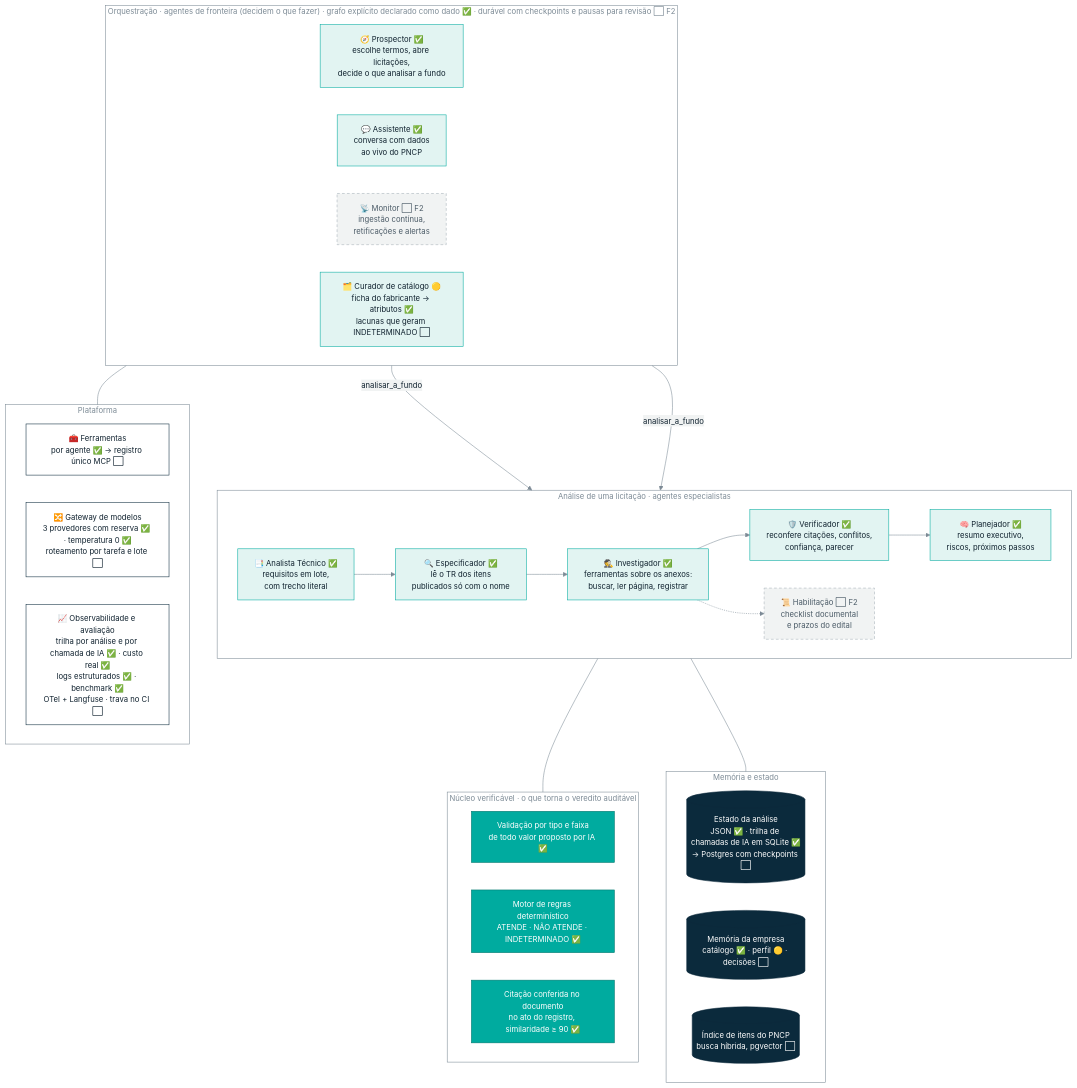
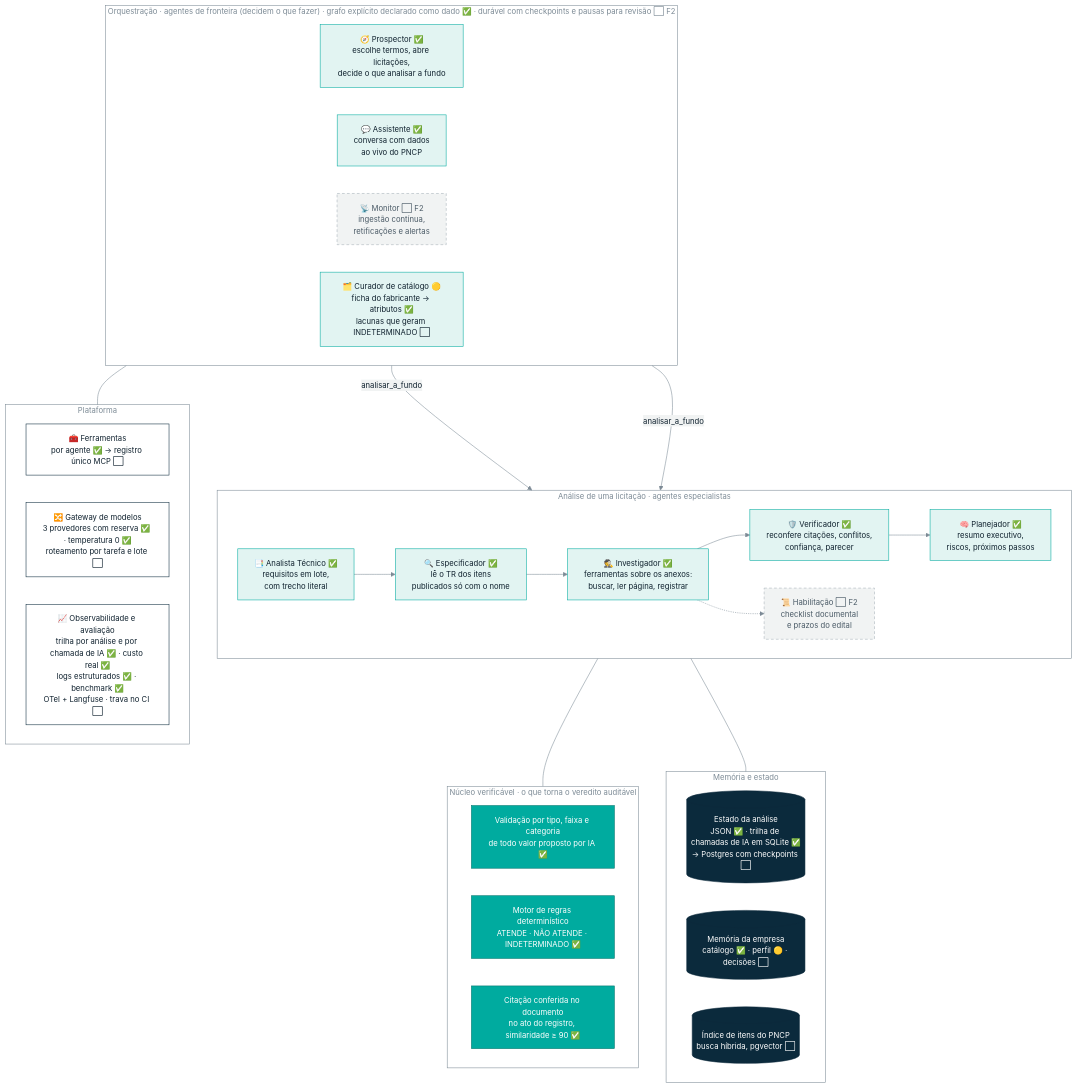
The second of 4 diagrams in README.md (Omniamind-org/obranexo), drawn with Mermaid before and after one commit. The commit also changed other lines of this file, not shown here.

Commit message:
docs(readme): Especificador no modelo de agente, validação por categoria e contagem de testes

````diff
--- a/README.md
+++ b/README.md
@@ -134,50 +134,50 @@
 ```mermaid
 %%{init: {'theme':'base','themeVariables':{'primaryColor':'#e2f4f2','primaryTextColor':'#10222f','primaryBorderColor':'#00ab9f','lineColor':'#7d8b96','edgeLabelBackground':'#f1f3f3','fontSize':'14px','clusterBkg':'transparent','clusterBorder':'#7d8b96','titleColor':'#7d8b96'}}}%%
 flowchart TB
   subgraph ORQ[" Orquestração · agentes de fronteira (decidem o que fazer) · grafo explícito declarado como dado ✅ · durável com checkpoints e pausas para revisão ⬜ F2 "]
     direction LR
     PR[🧭 Prospector ✅<br/>escolhe termos, abre licitações,<br/>decide o que analisar a fundo]:::ag
     AS[💬 Assistente ✅<br/>conversa com dados<br/>ao vivo do PNCP]:::ag
     MO[📡 Monitor ⬜ F2<br/>ingestão contínua,<br/>retificações e alertas]:::plan
     CU[🗂️ Curador de catálogo 🟡<br/>ficha do fabricante → atributos ✅<br/>lacunas que geram INDETERMINADO ⬜]:::ag
   end
   subgraph AN[" Análise de uma licitação · agentes especialistas "]
     direction LR
     AT[📑 Analista Técnico ✅<br/>requisitos em lote,<br/>com trecho literal]:::ag
     ES[🔍 Especificador ✅<br/>lê o TR dos itens<br/>publicados só com o nome]:::ag
     IN[🕵️ Investigador ✅<br/>ferramentas sobre os anexos:<br/>buscar, ler página, registrar]:::ag
     HB[📜 Habilitação ⬜ F2<br/>checklist documental<br/>e prazos do edital]:::plan
     VE[🛡️ Verificador ✅<br/>reconfere citações, conflitos,<br/>confiança, parecer]:::ag
     PL[🧠 Planejador ✅<br/>resumo executivo,<br/>riscos, próximos passos]:::ag
     AT --> ES --> IN --> VE --> PL
     IN -.-> HB
   end
   subgraph NUC[" Núcleo verificável · o que torna o veredito auditável "]
     direction LR
-    N1[Validação por tipo e faixa<br/>de todo valor proposto por IA ✅]:::core
+    N1[Validação por tipo, faixa e categoria<br/>de todo valor proposto por IA ✅]:::core
     N2[Motor de regras determinístico<br/>ATENDE · NÃO ATENDE · INDETERMINADO ✅]:::core
     N3[Citação conferida no documento<br/>no ato do registro, similaridade ≥ 90 ✅]:::core
   end
   subgraph MEM[" Memória e estado "]
     direction LR
     M1[(Estado da análise<br/>JSON ✅ · trilha de chamadas de IA em SQLite ✅<br/>→ Postgres com checkpoints ⬜)]:::mem
     M2[(Memória da empresa<br/>catálogo ✅ · perfil 🟡 · decisões ⬜)]:::mem
     M3[(Índice de itens do PNCP<br/>busca híbrida, pgvector ⬜)]:::mem
   end
   subgraph INF[" Plataforma "]
     direction LR
     TR[🧰 Ferramentas<br/>por agente ✅ → registro único MCP ⬜]:::inf
     GW[🔀 Gateway de modelos<br/>3 provedores com reserva ✅ · temperatura 0 ✅<br/>roteamento por tarefa e lote ⬜]:::inf
     OB[📈 Observabilidade e avaliação<br/>trilha por análise e por chamada de IA ✅ · custo real ✅<br/>logs estruturados ✅ · benchmark ✅<br/>OTel + Langfuse · trava no CI ⬜]:::inf
   end
   PR -- analisar_a_fundo --> AN
   AS -- analisar_a_fundo --> AN
   AN --- NUC
   AN --- MEM
   ORQ --- INF
   classDef ag fill:#e2f4f2,stroke:#00ab9f,color:#10222f
   classDef plan fill:#f1f3f3,stroke:#a5b0b8,color:#4b5b67,stroke-dasharray:5 4
   classDef core fill:#00ab9f,stroke:#00756c,color:#ffffff
   classDef mem fill:#0b2a3c,stroke:#0b2a3c,color:#ffffff
   classDef inf fill:#ffffff,stroke:#0b2a3c,color:#10222f
 ```
````
